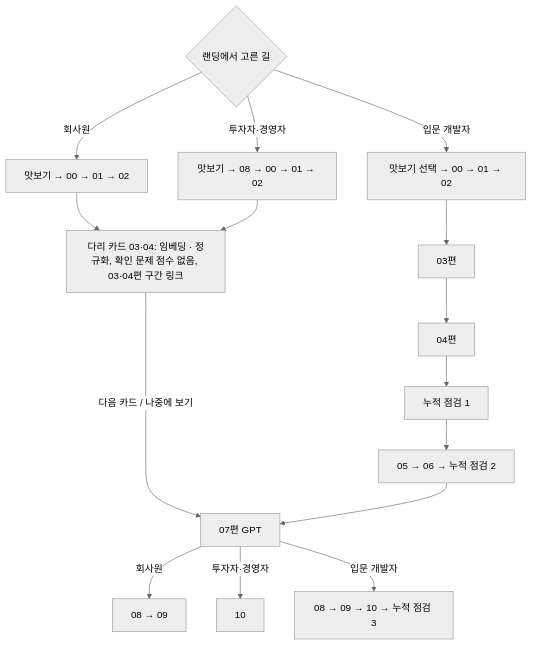
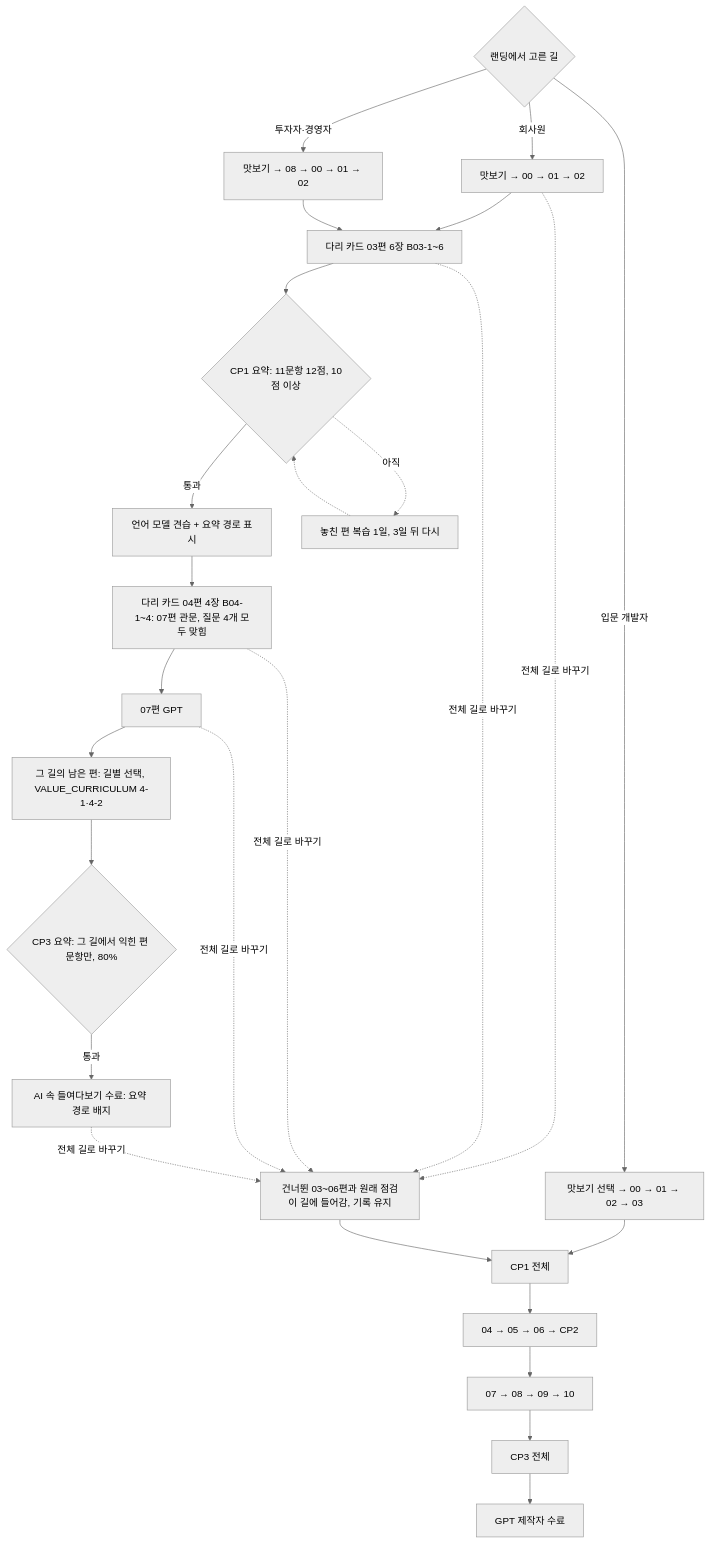
One commit to blazethrottle/z2h-ko changed the fifth of 5 diagrams in inputs/design/flow.md. Above: the diagram before and after it, drawn with Mermaid (neutral theme). The commit also changed other lines of this file and 56 other files, not shown here.

````diff
--- a/inputs/design/flow.md
+++ b/inputs/design/flow.md
@@ -183,13 +184,20 @@
 ```mermaid
 flowchart TD
     P{랜딩에서 고른 길} -- 회사원 --> A0[맛보기 → 00 → 01 → 02]
     P -- 투자자·경영자 --> B0[맛보기 → 08 → 00 → 01 → 02]
-    P -- 입문 개발자 --> C0[맛보기 선택 → 00 → 01 → 02]
-    A0 --> BR[다리 카드 03·04: 임베딩 · 정규화, 확인 문제 점수 없음, 03·04편 구간 링크]
-    B0 --> BR
-    BR -- 다음 카드 / 나중에 보기 --> L7[07편 GPT]
-    C0 --> L3[03편] --> L4[04편] --> CP1[누적 점검 1] --> L5[05 → 06 → 누적 점검 2] --> L7
-    L7 -- 회사원 --> A1[08 → 09]
-    L7 -- 투자자·경영자 --> B1[10]
-    L7 -- 입문 개발자 --> C1[08 → 09 → 10 → 누적 점검 3]
+    P -- 입문 개발자 --> C0[맛보기 선택 → 00 → 01 → 02 → 03]
+    A0 --> B3[다리 카드 03편 6장 B03-1~6]
+    B0 --> B3
+    B3 --> S1{CP1 요약: 11문항 12점, 10점 이상}
+    S1 -- 통과 --> BG1[언어 모델 견습 + 요약 경로 표시]
+    S1 -. 아직 .-> RV[놓친 편 복습 1일, 3일 뒤 다시]
+    RV -.-> S1
+    BG1 --> B4[다리 카드 04편 4장 B04-1~4: 07편 관문, 질문 4개 모두 맞힘]
+    B4 --> L7S[07편 GPT]
+    L7S --> RM[그 길의 남은 편: 길별 선택, VALUE_CURRICULUM 4-1·4-2]
+    RM --> S3{CP3 요약: 그 길에서 익힌 편 문항만, 80%}
+    S3 -- 통과 --> SUM[AI 속 들여다보기 수료: 요약 경로 배지]
+    C0 --> CP1[CP1 전체] --> F2[04 → 05 → 06 → CP2] --> F7[07 → 08 → 09 → 10] --> CP3F[CP3 전체] --> FULL[GPT 제작자 수료]
+    A0 & B3 & B4 & L7S & SUM -. 전체 길로 바꾸기 .-> SW[건너뛴 03~06편과 원래 점검이 길에 들어감, 기록 유지]
+    SW --> CP1
 ```
````
